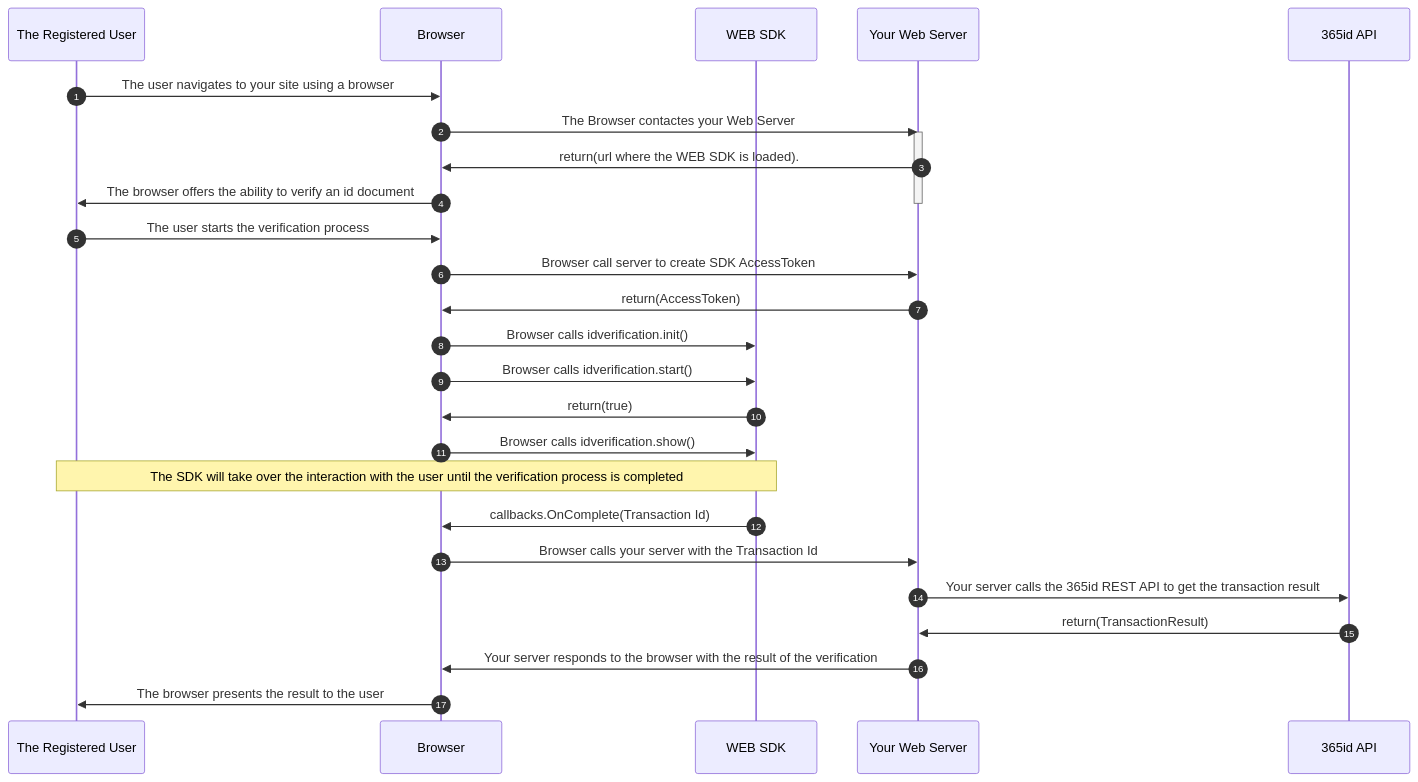
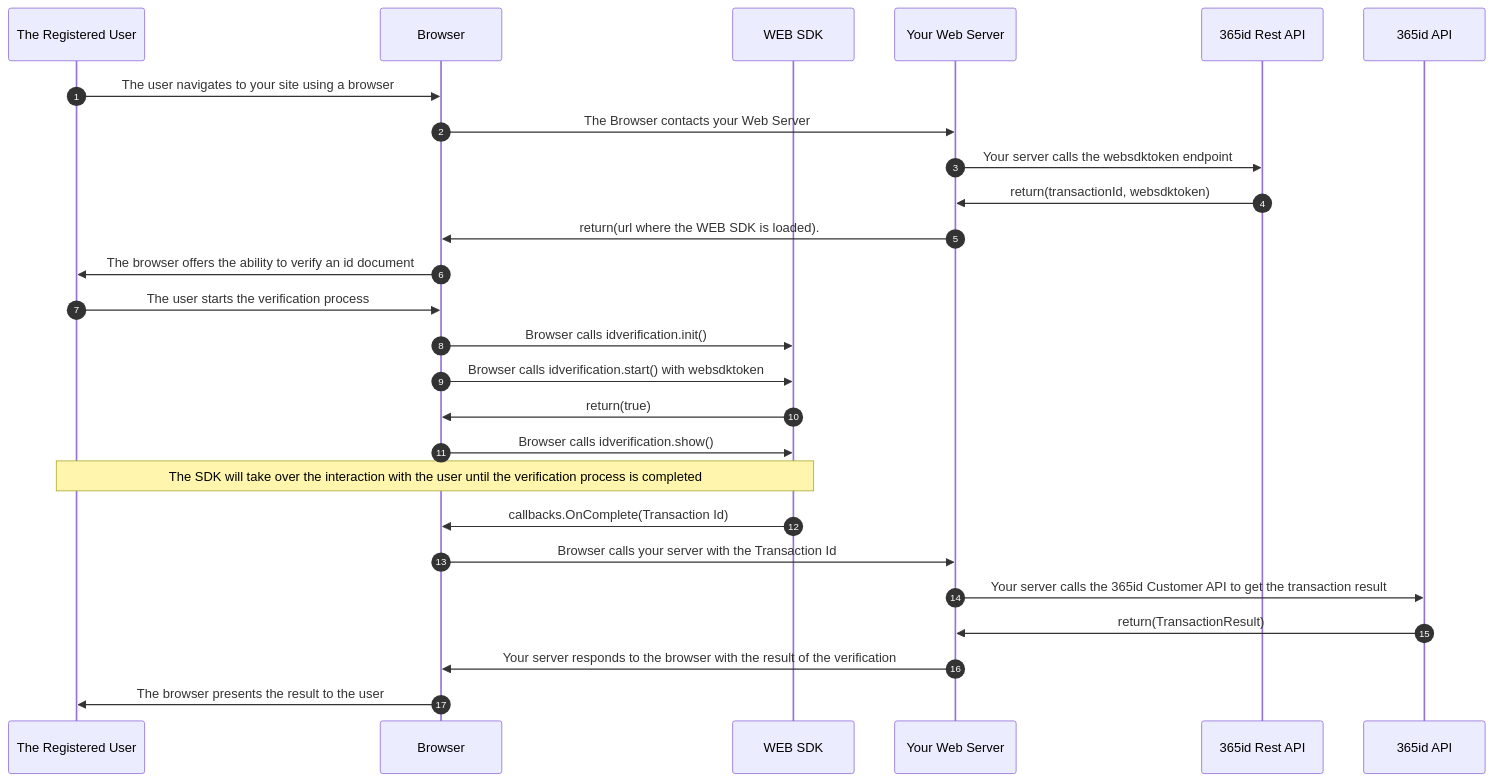
One commit to 365id-AB/idverification-web changed the diagram in README.md. Above: the diagram before and after it, drawn with Mermaid. The commit also changed other lines of this file and 20 other files, not shown here.

````diff
--- a/README.md
+++ b/README.md
@@ -353,31 +296,42 @@
 ```mermaid
 sequenceDiagram
    autoNumber
    participant R as The Registered User
    participant B as Browser
    participant S as WEB SDK
    participant I as Your Web Server
-   participant F as 365id API
+   participant C as 365id Rest API
+   participant A as 365id API
+
+
 
 
    R->>B: The user navigates to your site using a browser
-   B->>I: The Browser contactes your Web Server
-   activate I
+
+   B->>I: The Browser contacts your Web Server
+
+   I->>C: Your server calls the websdktoken endpoint
+
+   C->>I: return(transactionId, websdktoken)
+
    I->>B: return(url where the WEB SDK is loaded).
+
    B->>R: The browser offers the ability to verify an id document
-   deactivate I
+
+
    R->>B: The user starts the verification process
-   B->>I: Browser call server to create SDK AccessToken
-   I->>B: return(AccessToken)
+
+
    B->>S: Browser calls idverification.init()
-   B->>S: Browser calls idverification.start()
+   B->>S: Browser calls idverification.start() with websdktoken
    S->>B: return(true)
    B->>S: Browser calls idverification.show()
    Note over R, S: The SDK will take over the interaction with the user until the verification process is completed
    S->>B: callbacks.OnComplete(Transaction Id)
    B->>I: Browser calls your server with the Transaction Id
-   I->>F: Your server calls the 365id REST API to get the transaction result
-   F->>I: return(TransactionResult)
+   I->>A: Your server calls the 365id Customer API to get the transaction result
+   A->>I: return(TransactionResult)
    I->>B: Your server responds to the browser with the result of the verification
    B->>R: The browser presents the result to the user
+
 ```
````
